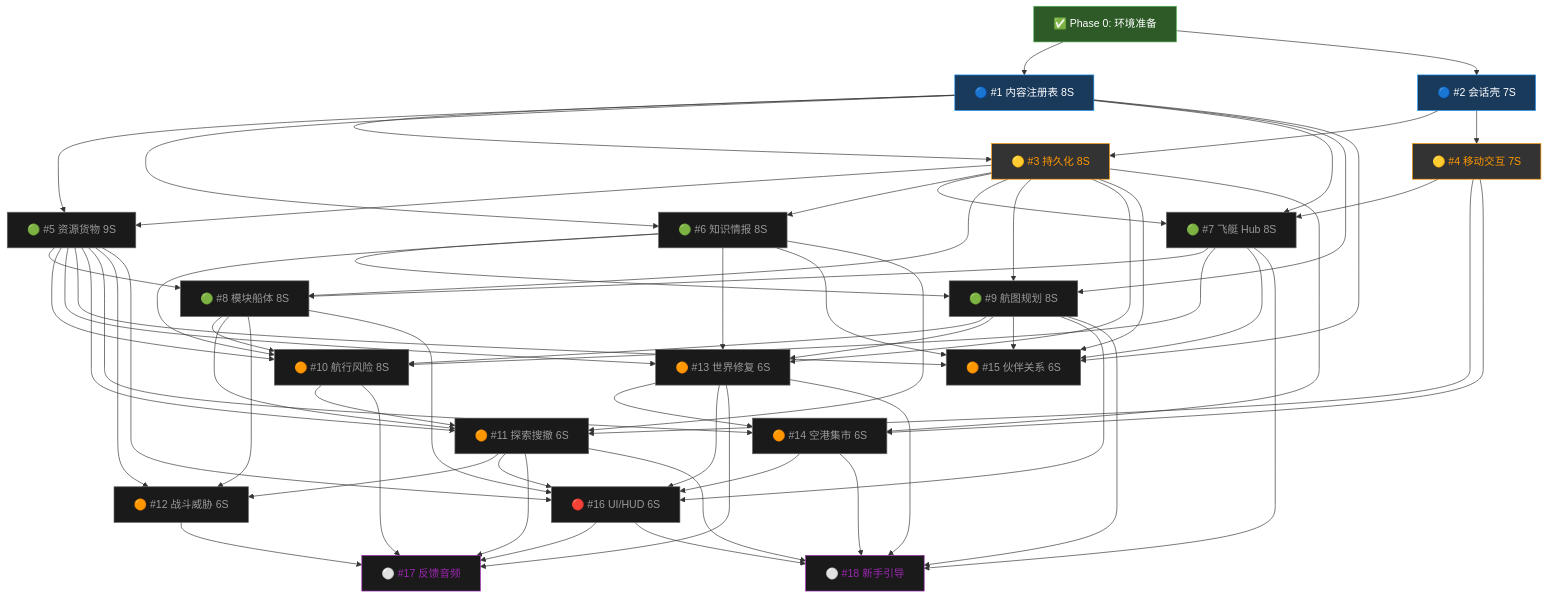
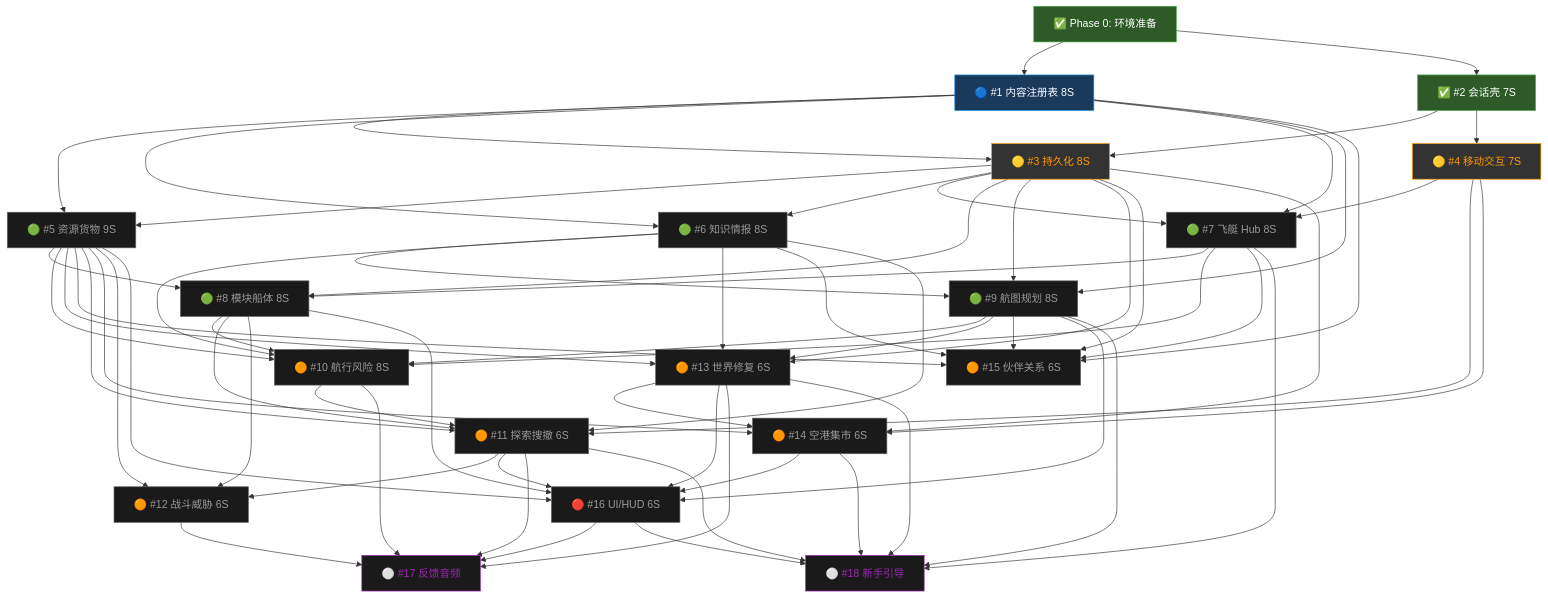
Before and after one commit to lieinsay/Claude-Code-Game-Studios: the second of 3 diagrams in docs/reference/production-flowchart.md, drawn with Mermaid. The commit also changed other lines of this file and 41 other files, not shown here.

```diff
--- a/docs/reference/production-flowchart.md
+++ b/docs/reference/production-flowchart.md
@@ -68,7 +68,7 @@
     P0["✅ Phase 0: 环境准备"]:::done
 
     S1["🔵 #1 内容注册表 8S"]:::active
-    S2["🔵 #2 会话壳 7S"]:::active
+    S2["✅ #2 会话壳 7S"]:::done
 
     S3["🟡 #3 持久化 8S"]:::next
     S4["🟡 #4 移动交互 7S"]:::next
```
